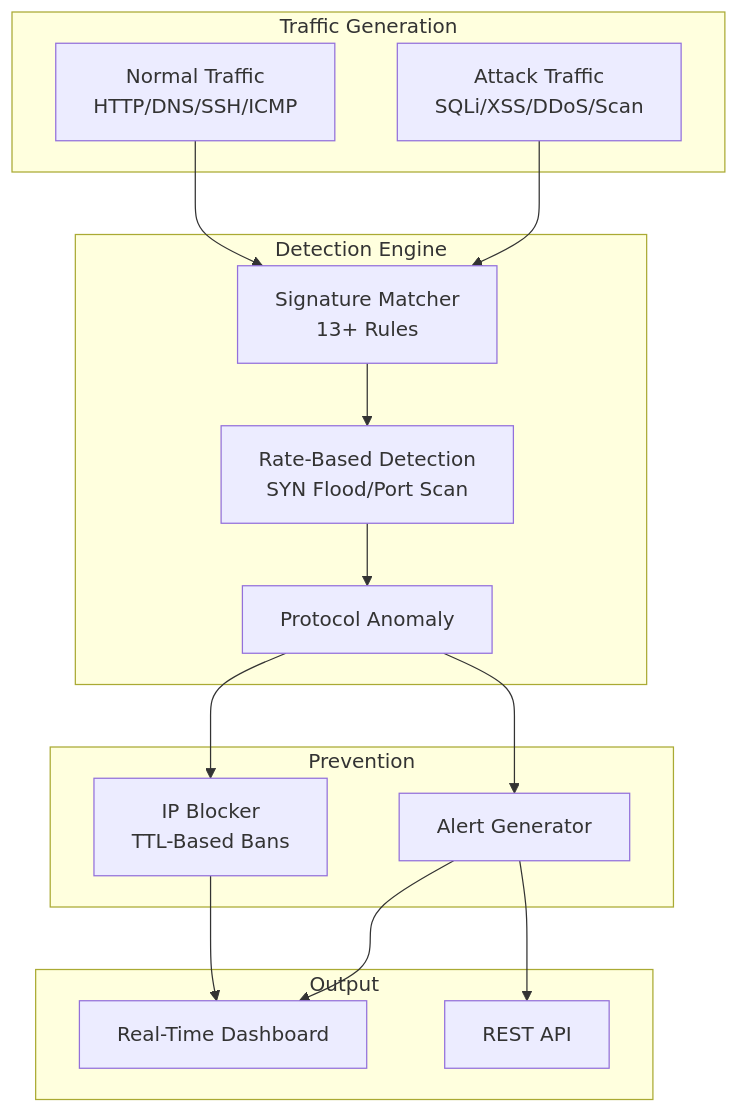
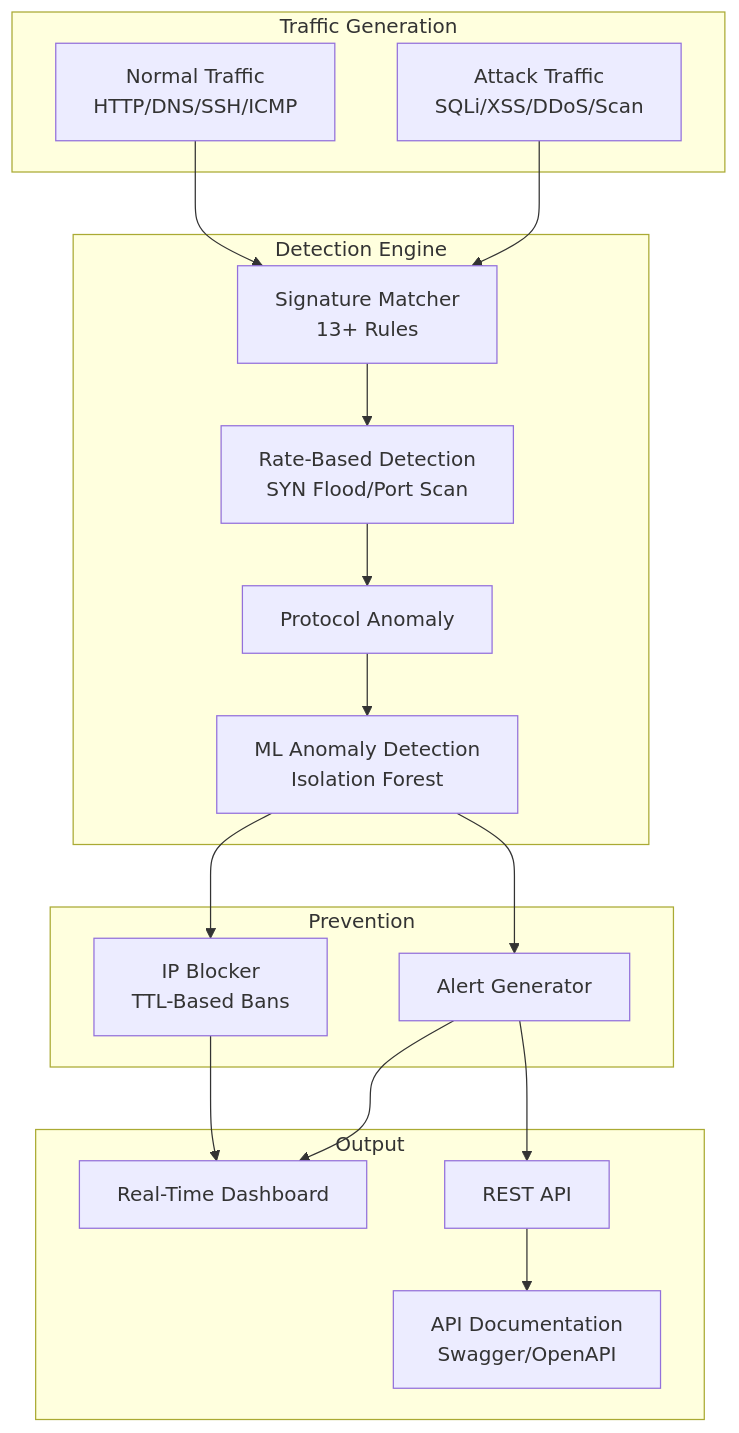
One commit to Maxixler/Security-Fundamentals changed the diagram in Project-5-IDS-IPS/README.md. Above: the diagram before and after it, drawn with Mermaid. The commit also changed other lines of this file and 27 other files, not shown here.

````diff
--- a/Project-5-IDS-IPS/README.md
+++ b/Project-5-IDS-IPS/README.md
@@ -9,33 +9,37 @@
 ```mermaid
 graph TD
     subgraph "Traffic Generation"
         NORMAL[Normal Traffic<br/>HTTP/DNS/SSH/ICMP]
         ATTACK[Attack Traffic<br/>SQLi/XSS/DDoS/Scan]
     end
     
     subgraph "Detection Engine"
         SIG[Signature Matcher<br/>13+ Rules]
         RATE[Rate-Based Detection<br/>SYN Flood/Port Scan]
         PROTO[Protocol Anomaly]
+        ML[ML Anomaly Detection<br/>Isolation Forest]
     end
     
     subgraph "Prevention"
         BLOCK[IP Blocker<br/>TTL-Based Bans]
         ALERT[Alert Generator]
     end
     
     subgraph "Output"
         DASH[Real-Time Dashboard]
         API[REST API]
+        DOCS[API Documentation<br/>Swagger/OpenAPI]
     end
     
     NORMAL --> SIG
     ATTACK --> SIG
     SIG --> RATE
     RATE --> PROTO
-    PROTO --> BLOCK
-    PROTO --> ALERT
+    PROTO --> ML
+    ML --> BLOCK
+    ML --> ALERT
     BLOCK --> DASH
     ALERT --> DASH
     ALERT --> API
+    API --> DOCS
 ```
````
